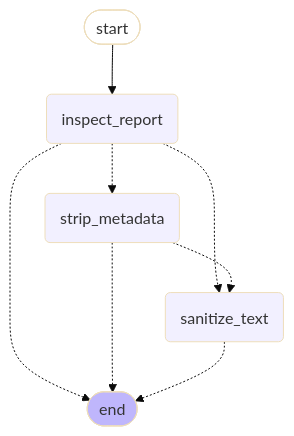
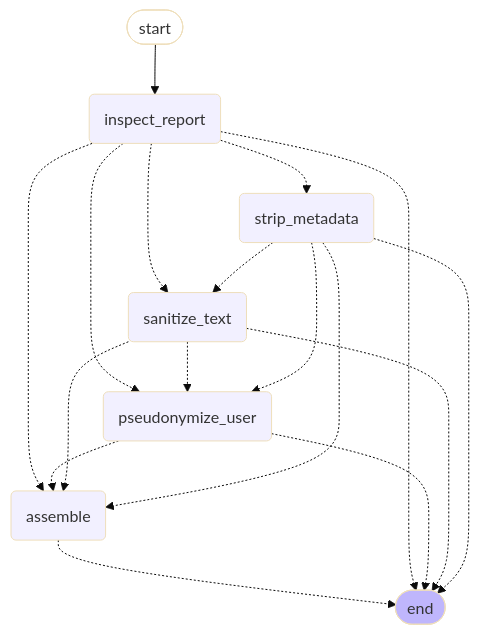
Before and after one commit to JoshK00/ortsbild: the first of 2 diagrams in docs/diagrams/privacy-graph.md, drawn with Mermaid (base theme). The commit also changed other lines of this file and 11 other files, not shown here.

````diff
--- a/docs/diagrams/privacy-graph.md
+++ b/docs/diagrams/privacy-graph.md
@@ -5,18 +5,29 @@
 ```mermaid
 graph TD;
 	__start__([start]):::first
 	inspect_report(inspect_report)
 	strip_metadata(strip_metadata)
 	sanitize_text(sanitize_text)
+	pseudonymize_user(pseudonymize_user)
+	assemble(assemble)
 	__end__([end]):::last
 	__start__ --> inspect_report;
+	assemble -.-> __end__;
+	inspect_report -.-> __end__;
+	inspect_report -.-> assemble;
+	inspect_report -.-> pseudonymize_user;
+	inspect_report -.-> sanitize_text;
 	inspect_report -.-> strip_metadata;
-	inspect_report -.-> sanitize_text;
-	inspect_report -.-> __end__;
+	pseudonymize_user -.-> __end__;
+	pseudonymize_user -.-> assemble;
+	sanitize_text -.-> __end__;
+	sanitize_text -.-> assemble;
+	sanitize_text -.-> pseudonymize_user;
+	strip_metadata -.-> __end__;
+	strip_metadata -.-> assemble;
+	strip_metadata -.-> pseudonymize_user;
 	strip_metadata -.-> sanitize_text;
-	strip_metadata -.-> __end__;
-	sanitize_text -.-> __end__;
 	classDef default fill:#f2f0ff,line-height:1.2
 	classDef first fill-opacity:0
 	classDef last fill:#bfb6fc
 ```
````
